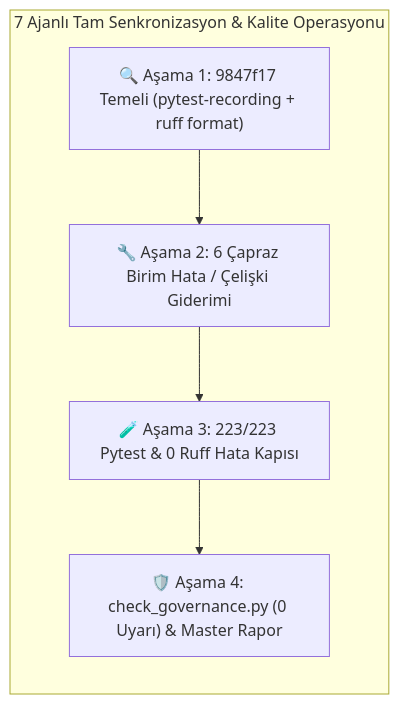
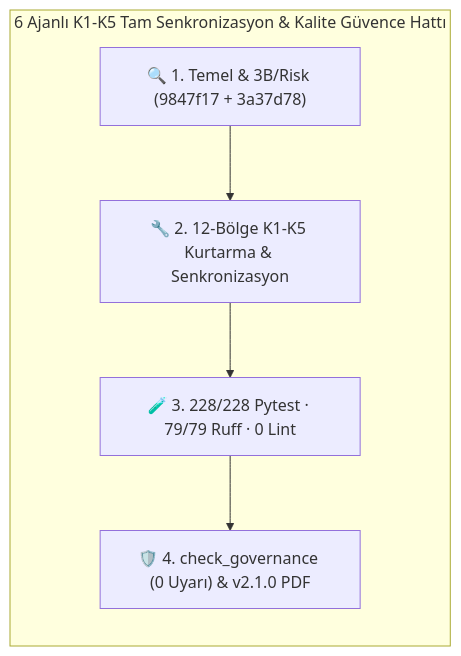
The third of 3 diagrams in docs/MASTER_PROJECT_REPORT_TR.md (kingos352/luna-sight), drawn with Mermaid before and after one commit. The commit also changed other lines of this file and 71 other files, not shown here.

Commit message:
feat(sync): 12 Artemis III bolgesi, K1-K5 hata giderimi ve tam senkronizasyon

````diff
--- a/docs/MASTER_PROJECT_REPORT_TR.md
+++ b/docs/MASTER_PROJECT_REPORT_TR.md
@@ -369,8 +400,8 @@
 ```mermaid
 flowchart LR
-    subgraph Ajan7_Birligi["7 Ajanlı Tam Senkronizasyon & Kalite Operasyonu"]
-        T1["🔍 Aşama 1: 9847f17 Temeli (pytest-recording + ruff format)"] --> T2["🔧 Aşama 2: 6 Çapraz Birim Hata / Çelişki Giderimi"]
-        T2 --> T3["🧪 Aşama 3: 223/223 Pytest & 0 Ruff Hata Kapısı"]
-        T3 --> T4["🛡️ Aşama 4: check_governance.py (0 Uyarı) & Master Rapor"]
+    subgraph Ajan7_Birligi["6 Ajanlı K1-K5 Tam Senkronizasyon & Kalite Güvence Hattı"]
+        T1["🔍 1. Temel & 3B/Risk (9847f17 + 3a37d78)"] --> T2["🔧 2. 12-Bölge K1-K5 Kurtarma & Senkronizasyon"]
+        T2 --> T3["🧪 3. 228/228 Pytest · 79/79 Ruff · 0 Lint"]
+        T3 --> T4["🛡️ 4. check_governance (0 Uyarı) & v2.1.0 PDF"]
     end
 ```
````
